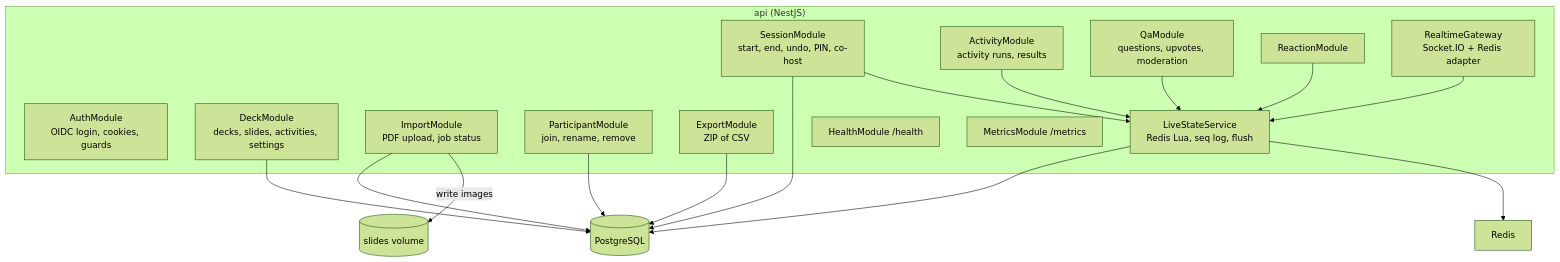
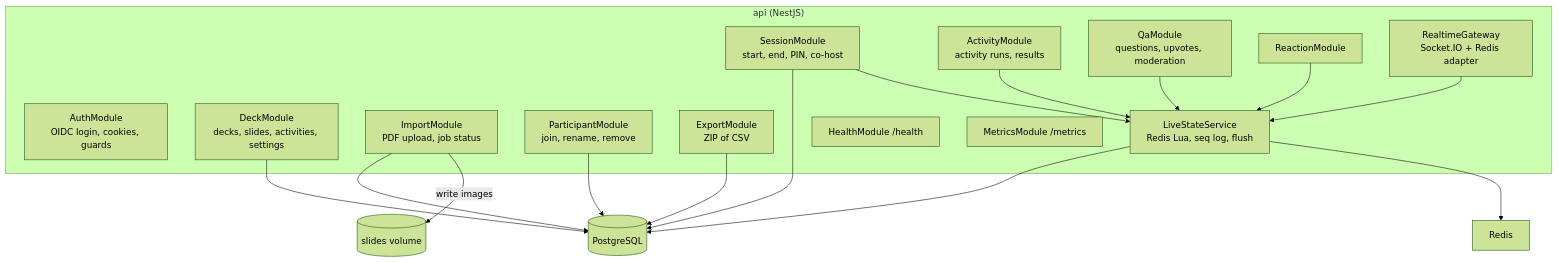
The sixth of 9 diagrams in docs/exam02/technical-design.md (lnwwaveza007/ModDeck), drawn with Mermaid (forest theme) before and after one commit. The commit also changed other lines of this file and 1 other file, not shown here.

````diff
--- a/docs/exam02/technical-design.md
+++ b/docs/exam02/technical-design.md
@@ -387,31 +387,31 @@
 ```mermaid
 flowchart TB
     subgraph Api["api (NestJS)"]
         Auth["AuthModule<br/>OIDC login, cookies, guards"]
         Deck["DeckModule<br/>decks, slides, activities, settings"]
         Import["ImportModule<br/>PDF upload, job status"]
-        Session["SessionModule<br/>start, end, undo, PIN, co-host"]
+        Session["SessionModule<br/>start, end, PIN, co-host"]
         Part["ParticipantModule<br/>join, rename, remove"]
         Act["ActivityModule<br/>activity runs, results"]
         QA["QaModule<br/>questions, upvotes, moderation"]
         React["ReactionModule"]
         Export["ExportModule<br/>ZIP of CSV"]
         GW["RealtimeGateway<br/>Socket.IO + Redis adapter"]
         Live["LiveStateService<br/>Redis Lua, seq log, flush"]
         Health["HealthModule /health"]
         Metrics["MetricsModule /metrics"]
     end
     GW --> Live
     Act --> Live
     QA --> Live
     React --> Live
     Session --> Live
     Import -->|"write images"| Files[("slides volume")]
     Import --> PG
     Live --> Redis
     Live --> PG[("PostgreSQL")]
     Deck --> PG
     Session --> PG
     Part --> PG
     Export --> PG
 ```
````
